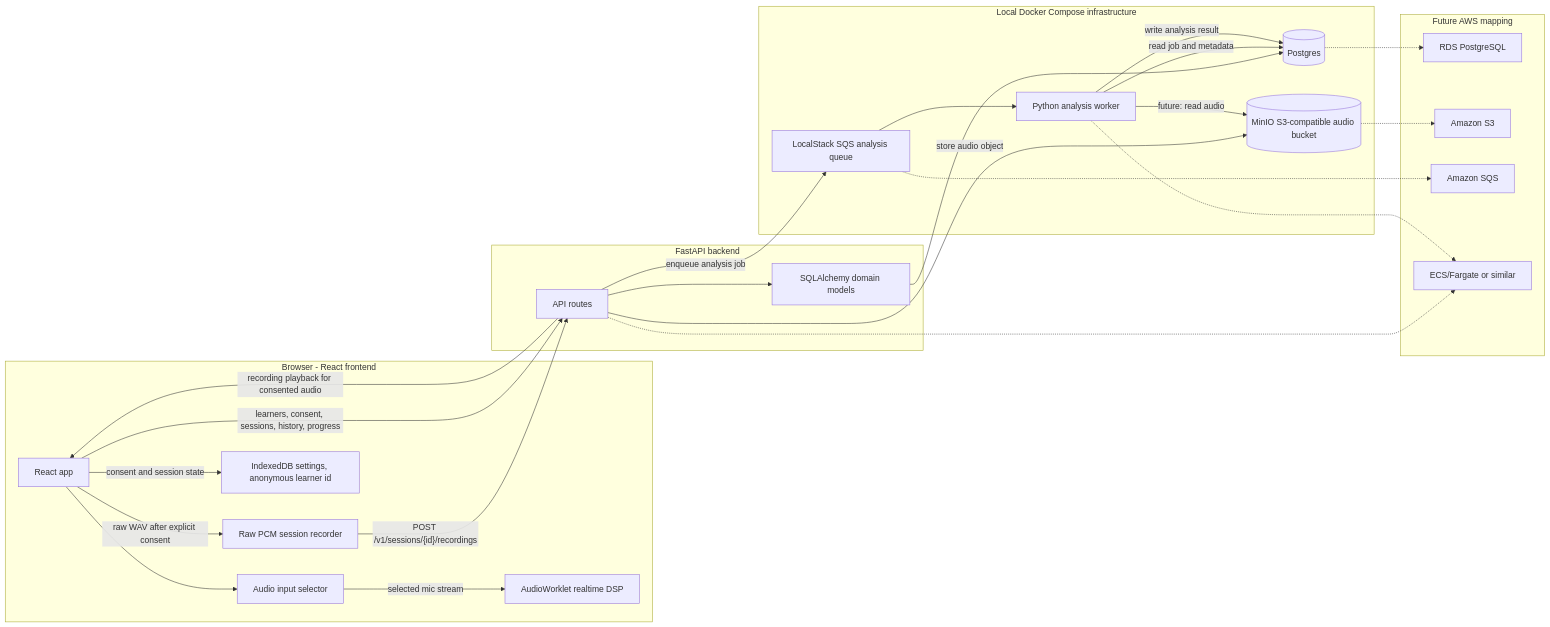
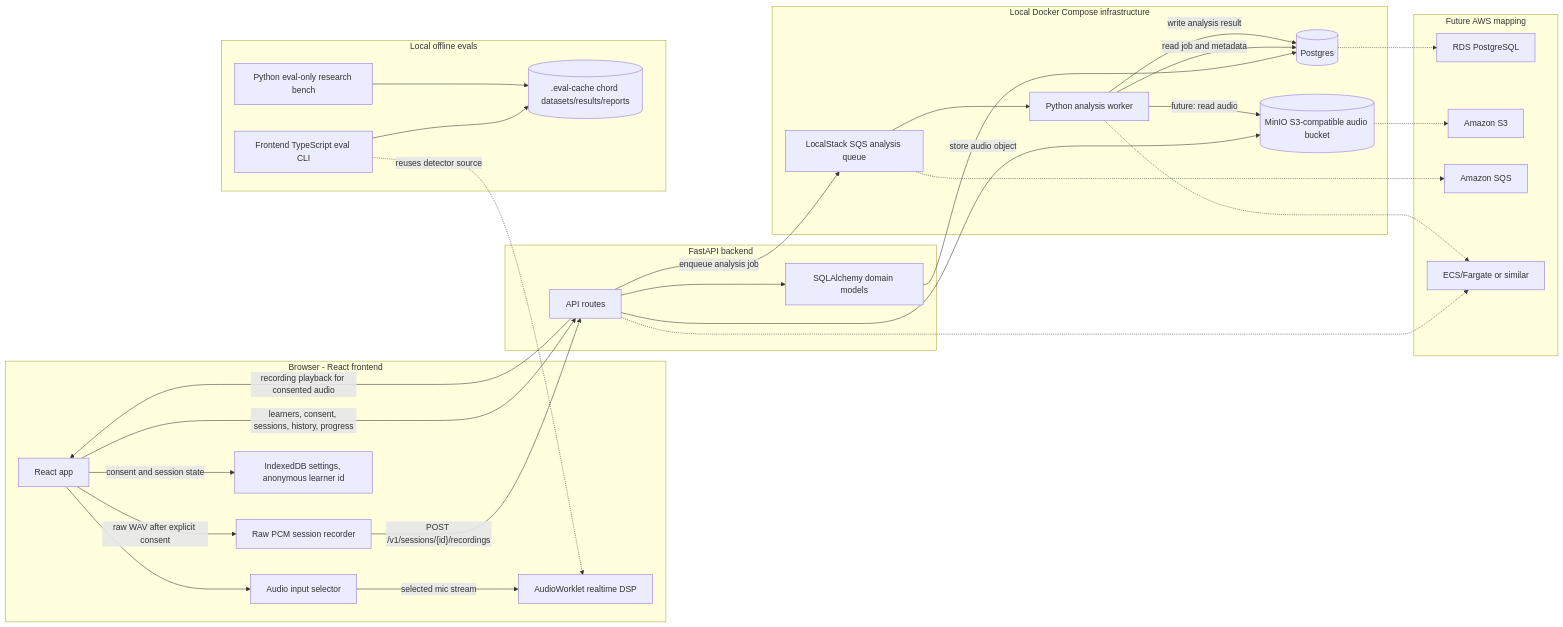
One commit to shivamk3r/guitar changed the diagram in docs/system_diagram.md. Above: the diagram before and after it, drawn with Mermaid. The commit also changed 44 other files, not shown here.

Commit message:
Improve target-aware chord detection evals

````diff
--- a/docs/system_diagram.md
+++ b/docs/system_diagram.md
@@ -3,52 +3,61 @@
 ```mermaid
 flowchart LR
   subgraph Browser["Browser - React frontend"]
     UI["React app"]
     MicSelect["Audio input selector"]
     Worklet["AudioWorklet realtime DSP"]
     Recorder["Raw PCM session recorder"]
     IndexedDB["IndexedDB settings, anonymous learner id"]
   end
 
   subgraph Backend["FastAPI backend"]
     API["API routes"]
     Models["SQLAlchemy domain models"]
+  end
+
+  subgraph LocalEval["Local offline evals"]
+    EvalCache[(".eval-cache chord datasets/results/reports")]
+    FrontendEval["Frontend TypeScript eval CLI"]
+    PyEval["Python eval-only research bench"]
   end
 
   subgraph LocalInfra["Local Docker Compose infrastructure"]
     Postgres[("Postgres")]
     MinIO[("MinIO S3-compatible audio bucket")]
     SQS["LocalStack SQS analysis queue"]
     Worker["Python analysis worker"]
   end
 
   UI --> MicSelect
   MicSelect -->|"selected mic stream"| Worklet
   UI -->|"consent and session state"| IndexedDB
   UI -->|"raw WAV after explicit consent"| Recorder
   Recorder -->|"POST /v1/sessions/{id}/recordings"| API
   UI -->|"learners, consent, sessions, history, progress"| API
   API -->|"recording playback for consented audio"| UI
 
   API --> Models
   Models --> Postgres
   API -->|"store audio object"| MinIO
   API -->|"enqueue analysis job"| SQS
   SQS --> Worker
   Worker -->|"read job and metadata"| Postgres
   Worker -->|"future: read audio"| MinIO
   Worker -->|"write analysis result"| Postgres
+  FrontendEval -.->|"reuses detector source"| Worklet
+  FrontendEval --> EvalCache
+  PyEval --> EvalCache
 
   subgraph AWS["Future AWS mapping"]
     RDS["RDS PostgreSQL"]
     S3["Amazon S3"]
     AmazonSQS["Amazon SQS"]
     Containers["ECS/Fargate or similar"]
   end
 
   Postgres -.-> RDS
   MinIO -.-> S3
   SQS -.-> AmazonSQS
   API -.-> Containers
   Worker -.-> Containers
 ```
````
